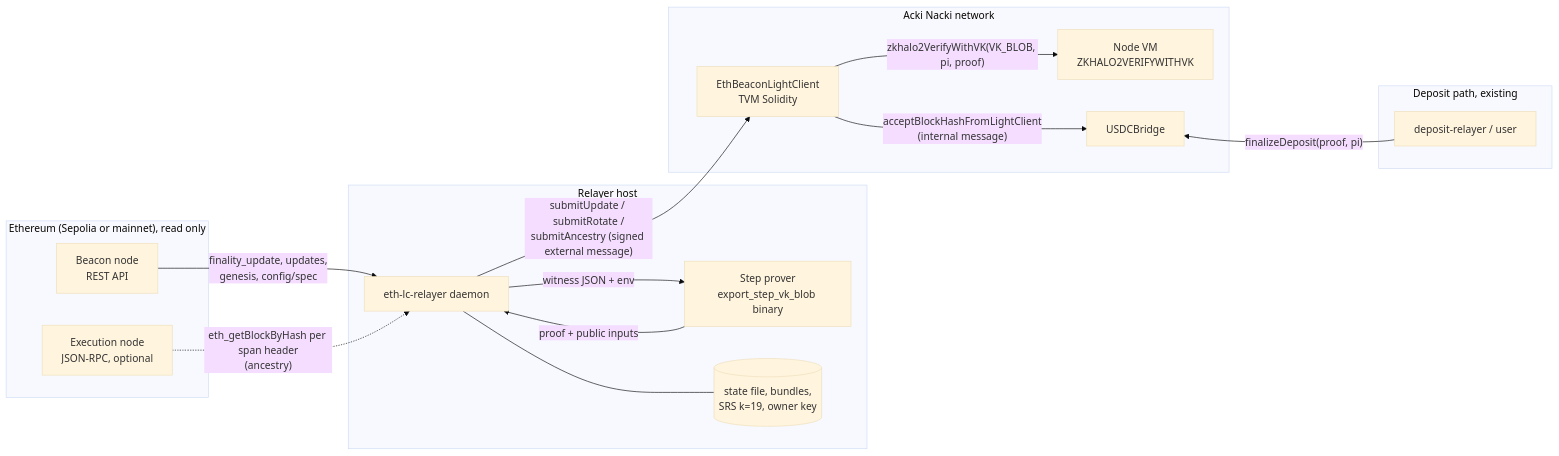
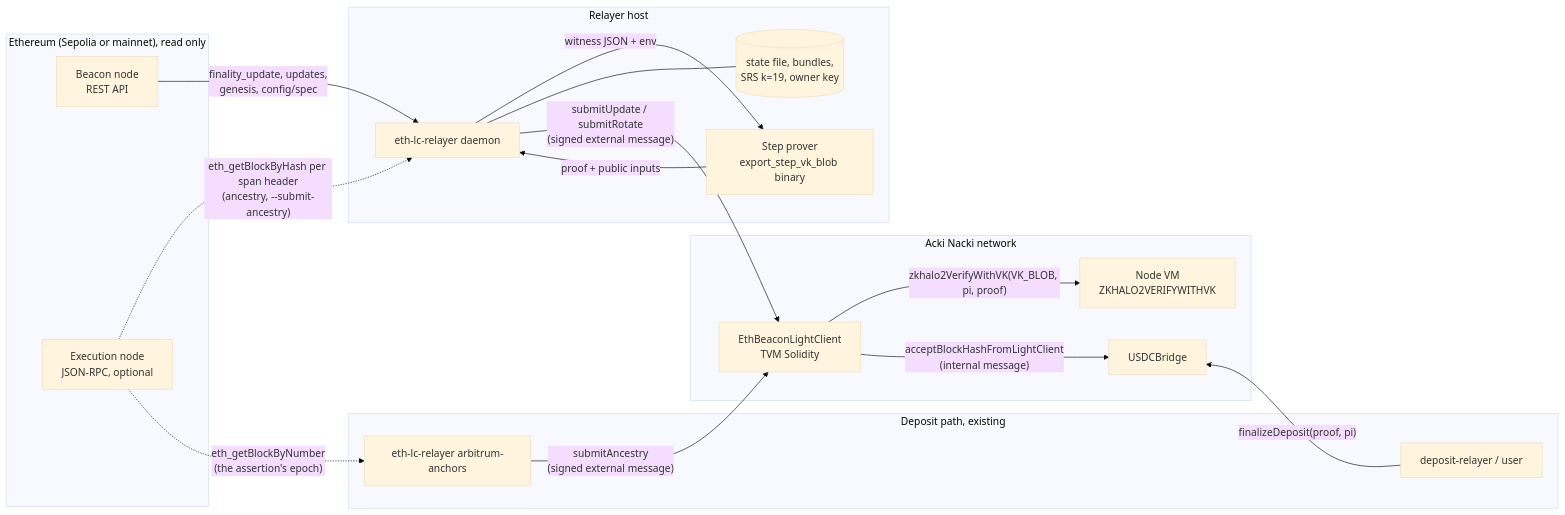
One commit to gosh-sh/bridge changed the first of 5 diagrams in docs/eth-light-client.md. Above: the diagram before and after it, drawn with Mermaid (base theme). The commit also changed other lines of this file and 15 other files, not shown here.

First line of the commit message:
Light client keeps proven hashes 14 days; arbitrum-anchors sends the span its assertion needs (bridge-audit#154)

````diff
--- a/docs/eth-light-client.md
+++ b/docs/eth-light-client.md
@@ -61,30 +61,33 @@
 ```mermaid
 flowchart LR
   subgraph ETH["Ethereum (Sepolia or mainnet), read only"]
     BN["Beacon node<br/>REST API"]
     EN["Execution node<br/>JSON-RPC, optional"]
   end
   subgraph RH["Relayer host"]
     D["eth-lc-relayer daemon"]
     P["Step prover<br/>export_step_vk_blob binary"]
     S[("state file, bundles,<br/>SRS k=19, owner key")]
   end
   subgraph AN["Acki Nacki network"]
     N["Node VM<br/>ZKHALO2VERIFYWITHVK"]
     LC["EthBeaconLightClient<br/>TVM Solidity"]
     UB["USDCBridge"]
   end
   subgraph DEP["Deposit path, existing"]
     DR["deposit-relayer / user"]
+    AA["eth-lc-relayer arbitrum-anchors"]
   end
   BN -- "finality_update, updates,<br/>genesis, config/spec" --> D
-  EN -. "eth_getBlockByHash per span header<br/>(ancestry)" .-> D
+  EN -. "eth_getBlockByHash per span header<br/>(ancestry, --submit-ancestry)" .-> D
   D -- "witness JSON + env" --> P
   P -- "proof + public inputs" --> D
   D --- S
-  D -- "submitUpdate / submitRotate /<br/>submitAncestry (signed external message)" --> LC
+  D -- "submitUpdate / submitRotate<br/>(signed external message)" --> LC
+  EN -. "eth_getBlockByNumber<br/>(the assertion's epoch)" .-> AA
+  AA -- "submitAncestry<br/>(signed external message)" --> LC
   LC -- "zkhalo2VerifyWithVK(VK_BLOB, pi, proof)" --> N
   LC -- "acceptBlockHashFromLightClient<br/>(internal message)" --> UB
   UB ~~~ DR
   DR -- "finalizeDeposit(proof, pi)" --> UB
 ```
````
